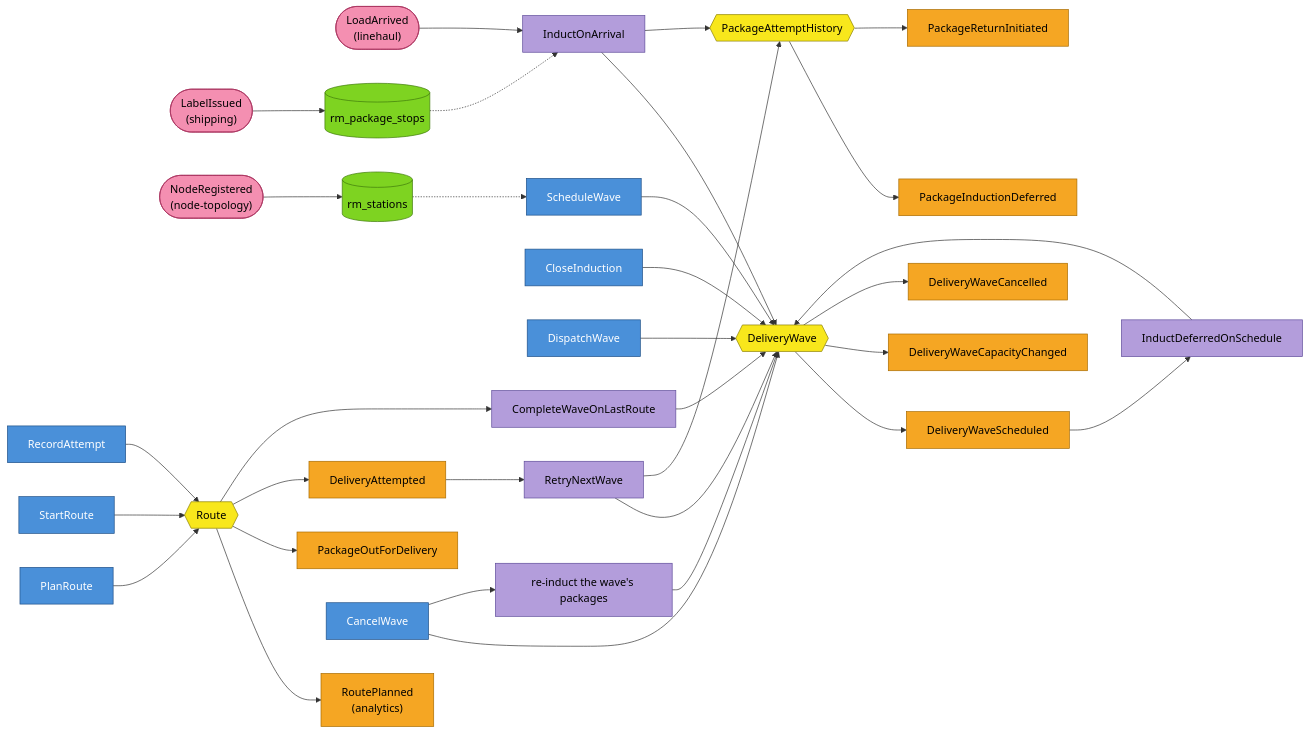
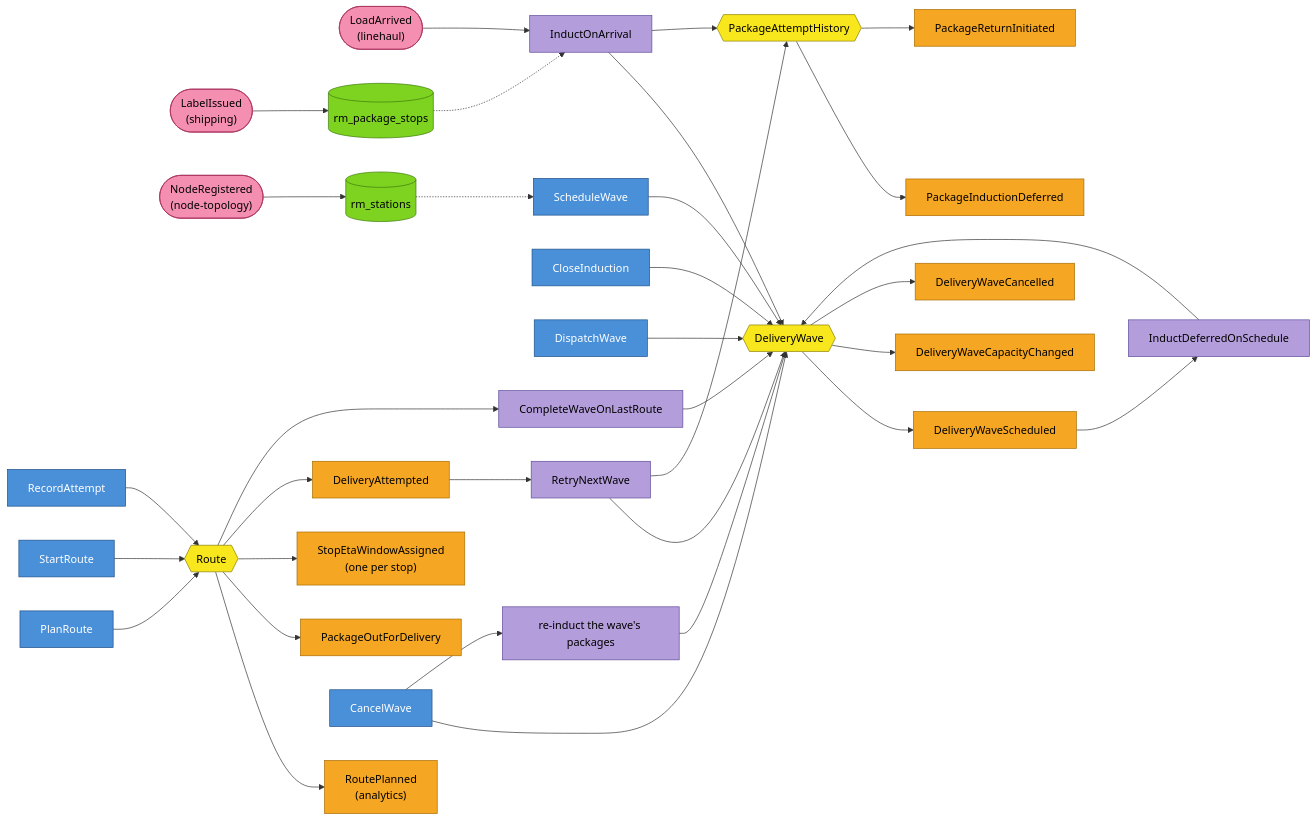
One commit to IQVO/last-mile-delivery changed the first of 2 diagrams in docs/docs/ddd/eventstorming.md. Above: the diagram before and after it, drawn with Mermaid. The commit also changed 70 other files, not shown here.

First line of the commit message:
feat(route): stop ETA windows at route start (E3, ADR 0013) (#56)

````diff
--- a/docs/docs/ddd/eventstorming.md
+++ b/docs/docs/ddd/eventstorming.md
@@ -16,50 +16,51 @@
 ```mermaid
 flowchart LR
     classDef event fill:#f5a623,stroke:#a86b00,color:#000
     classDef command fill:#4a90d9,stroke:#1f4f87,color:#fff
     classDef agg fill:#f8e71c,stroke:#8a7e00,color:#000
     classDef policy fill:#b39ddb,stroke:#5e4b9a,color:#000
     classDef rm fill:#7ed321,stroke:#3f7a0b,color:#000
     classDef ext fill:#f48fb1,stroke:#a8325e,color:#000
 
     LA(["LoadArrived<br/>(linehaul)"]):::ext
     LI(["LabelIssued<br/>(shipping)"]):::ext
     NR(["NodeRegistered<br/>(node-topology)"]):::ext
     RMS[("rm_stations")]:::rm
     RMP[("rm_package_stops")]:::rm
     NR --> RMS
     LI --> RMP
 
     SW["ScheduleWave"]:::command
     W1{{"DeliveryWave"}}:::agg
     E1["DeliveryWaveScheduled"]:::event
     RMS -.-> SW
     SW --> W1 --> E1
 
     P1["InductOnArrival"]:::policy
     LA --> P1
     RMP -.-> P1
     P1 --> W1
     W1 --> E2["DeliveryWaveCapacityChanged"]:::event
     P1 --> H1{{"PackageAttemptHistory"}}:::agg
     H1 --> E3["PackageInductionDeferred"]:::event
     E1 --> P2["InductDeferredOnSchedule"]:::policy
     P2 --> W1
 
     CI["CloseInduction"]:::command --> W1
     PR["PlanRoute"]:::command --> R1{{"Route"}}:::agg
     R1 --> E4["RoutePlanned<br/>(analytics)"]:::event
     DW["DispatchWave"]:::command --> W1
     SR["StartRoute"]:::command --> R1
     R1 --> E5["PackageOutForDelivery"]:::event
+    R1 --> E5b["StopEtaWindowAssigned<br/>(one per stop)"]:::event
     RA["RecordAttempt"]:::command --> R1
     R1 --> E6["DeliveryAttempted"]:::event
     E6 --> P3["RetryNextWave"]:::policy
     P3 --> W1
     P3 --> H1
     H1 --> E7["PackageReturnInitiated"]:::event
     R1 --> P4["CompleteWaveOnLastRoute"]:::policy --> W1
     CW["CancelWave"]:::command --> W1
     W1 --> E8["DeliveryWaveCancelled"]:::event
     CW --> P5["re-induct the wave's packages"]:::policy --> W1
 ```
````
